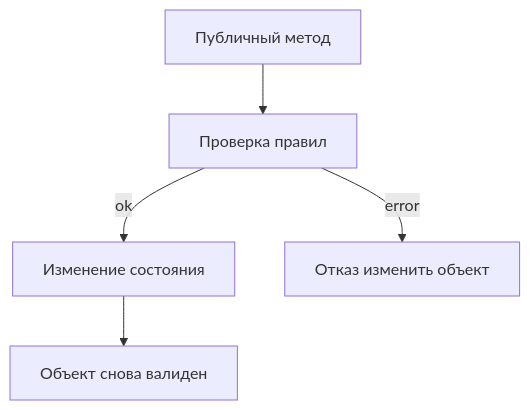
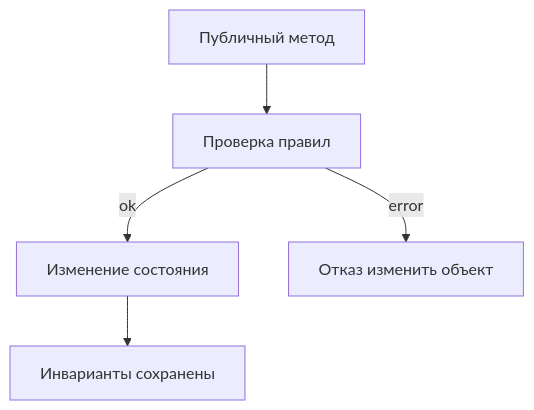
The fourth of 8 diagrams in content/lectures/Lec7/vitepress.md (Kert0n/KPO), drawn with Mermaid before and after one commit. The commit also changed other lines of this file, not shown here.

````diff
--- a/content/lectures/Lec7/vitepress.md
+++ b/content/lectures/Lec7/vitepress.md
@@ -340,7 +309,7 @@
 ```mermaid
 flowchart TD
     Method["Публичный метод"] --> Check["Проверка правил"]
     Check -->|ok| Change["Изменение состояния"]
     Check -->|error| Reject["Отказ изменить объект"]
-    Change --> Valid["Объект снова валиден"]
+    Change --> Valid["Инварианты сохранены"]
 ```
````
